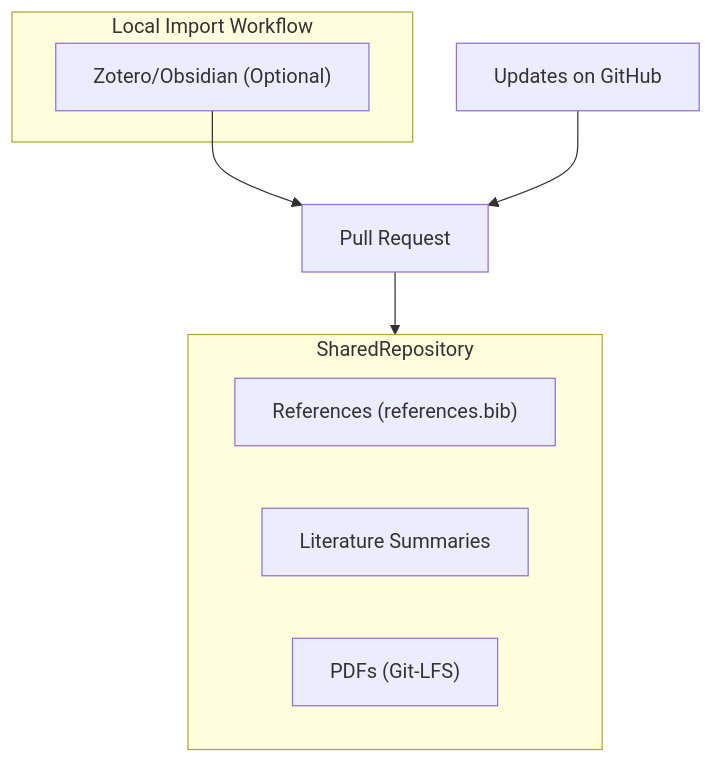
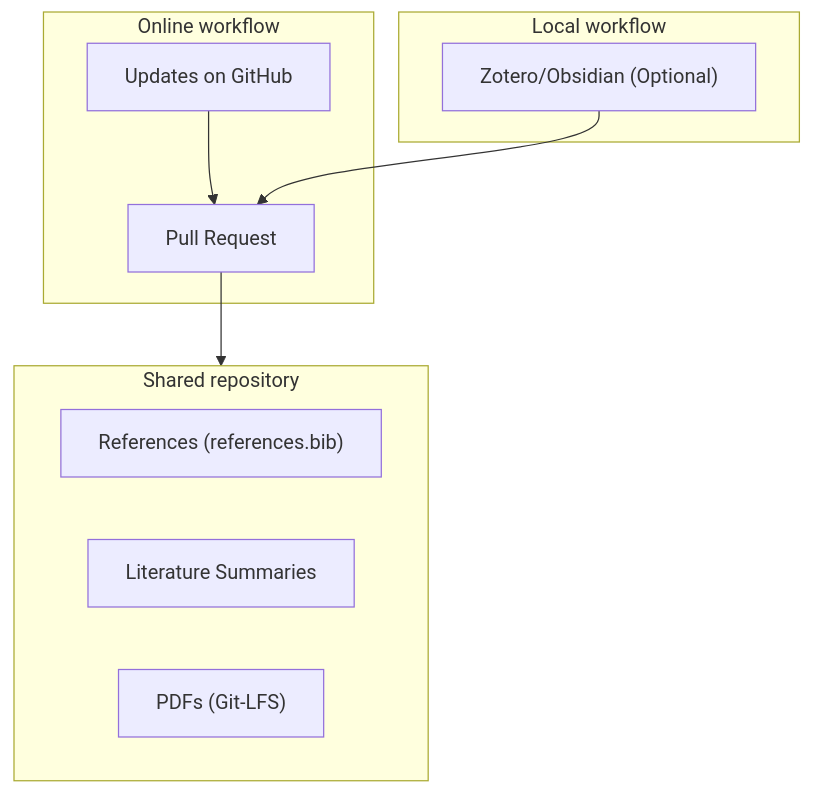
One commit to digital-work-lab/handbook changed the diagram in docs/20-research/22-literature.md. Above: the diagram before and after it, drawn with Mermaid. The commit also changed other lines of this file, not shown here.

````diff
--- a/docs/20-research/22-literature.md
+++ b/docs/20-research/22-literature.md
@@ -27,19 +11,22 @@
 ```mermaid
 graph TD
-    subgraph SharedRepository
+    subgraph SharedRepository["Shared repository"]
         direction LR
         A["References (references.bib)"]
         B[Literature Summaries]
         C["PDFs (Git-LFS)"]
     end
 
-    subgraph Local Import Workflow
+    subgraph Local workflow
         D["Zotero/Obsidian (Optional)"]
+    end
+
+    subgraph Online workflow
+        J["Updates on GitHub"] --> E
     end
 
     E[Pull Request]
     D --> E
     E --> SharedRepository
 
-    J["Updates on GitHub"] --> E
 ```
````
